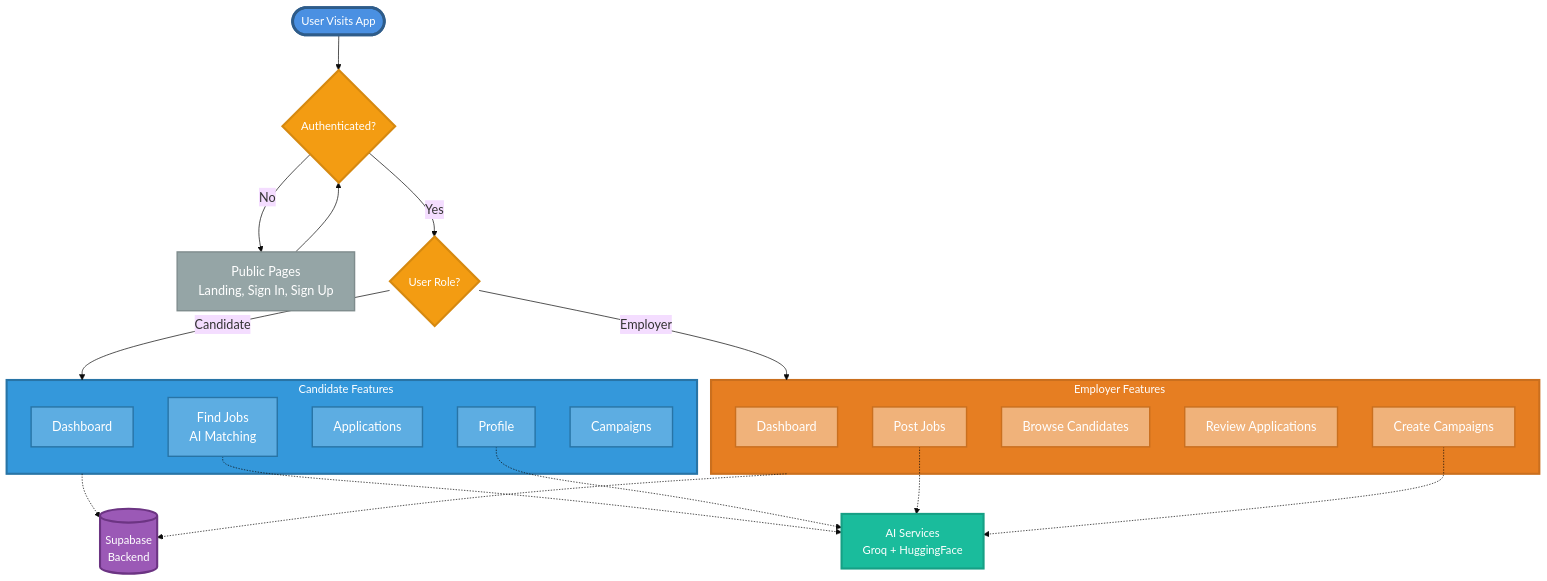
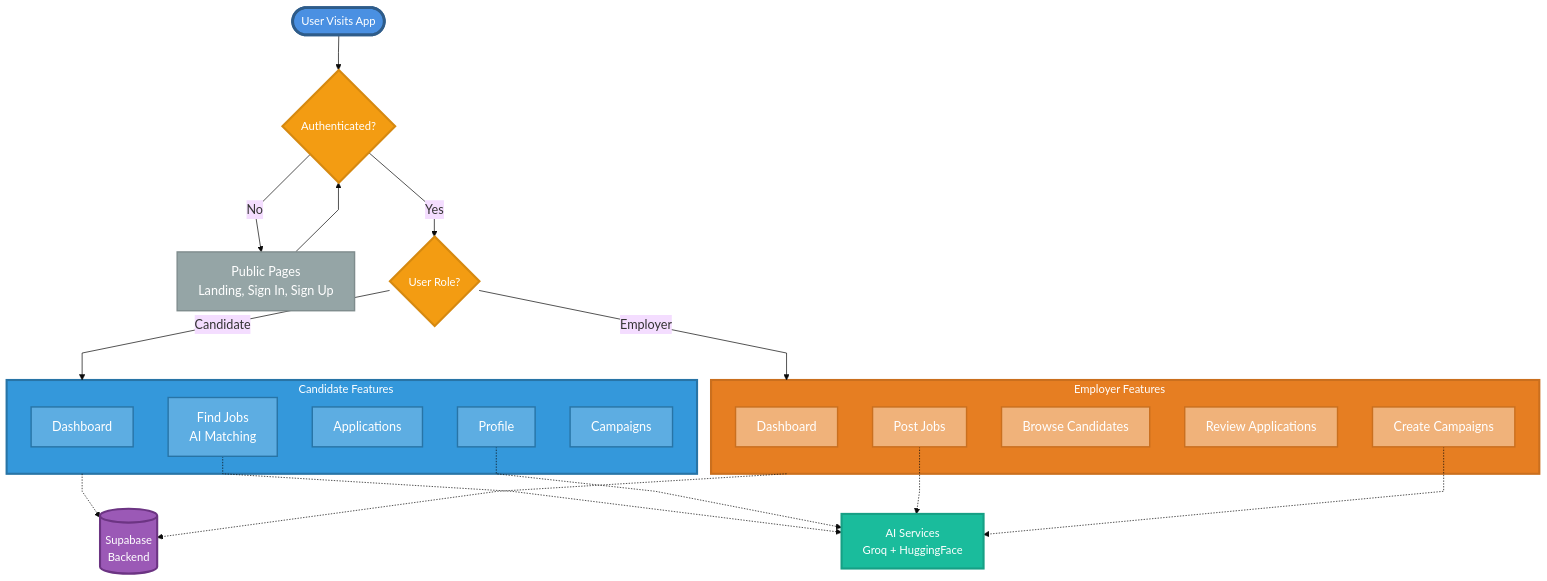
One commit to theadhithyankr/PANI_X changed the second of 7 diagrams in PRESENTATION_DIAGRAMS.md. Above: the diagram before and after it, drawn with Mermaid. The commit also changed other lines of this file and 10 other files, not shown here.

First line of the commit message:
feat(ui): enhance navigation, profile avatars, and diagram rendering

````diff
--- a/PRESENTATION_DIAGRAMS.md
+++ b/PRESENTATION_DIAGRAMS.md
@@ -57,65 +57,65 @@
 ```mermaid
-%%{init: {'theme':'base', 'themeVariables': { 'fontSize':'18px', 'fontFamily':'arial'}}}%%
-graph TB
+%%{init: {'theme':'base', 'themeVariables': { 'fontSize':'18px', 'fontFamily':'arial'}, 'flowchart': {'curve': 'linear'}}}%%
+flowchart TB
     Start([User Visits App])
     
     Auth{Authenticated?}
     
     Public[Public Pages<br/>Landing, Sign In, Sign Up]
     
     Role{User Role?}
     
     subgraph Candidate["Candidate Features"]
         C1[Dashboard]
         C2[Find Jobs<br/>AI Matching]
         C3[Applications]
         C4[Profile]
         C5[Campaigns]
     end
     
     subgraph Employer["Employer Features"]
         E1[Dashboard]
         E2[Post Jobs]
         E3[Browse Candidates]
         E4[Review Applications]
         E5[Create Campaigns]
     end
     
     Backend[(Supabase<br/>Backend)]
     AI[AI Services<br/>Groq + HuggingFace]
     
     Start --> Auth
     Auth -->|No| Public
     Public --> Auth
     Auth -->|Yes| Role
     
     Role -->|Candidate| Candidate
     Role -->|Employer| Employer
     
     Candidate -.-> Backend
     Employer -.-> Backend
     
     C2 -.-> AI
     C4 -.-> AI
     E2 -.-> AI
     E5 -.-> AI
     
     style Start fill:#4A90E2,stroke:#2E5C8A,stroke-width:4px,color:#fff,font-size:16px
     style Auth fill:#F39C12,stroke:#D68910,stroke-width:3px,color:#fff,font-size:16px
     style Role fill:#F39C12,stroke:#D68910,stroke-width:3px,color:#fff,font-size:16px
     style Public fill:#95A5A6,stroke:#7F8C8D,stroke-width:2px,color:#fff
     style Candidate fill:#3498DB,stroke:#2874A6,stroke-width:3px,color:#fff,font-size:16px
     style Employer fill:#E67E22,stroke:#CA6F1E,stroke-width:3px,color:#fff,font-size:16px
     style Backend fill:#9B59B6,stroke:#6C3483,stroke-width:3px,color:#fff,font-size:16px
     style AI fill:#1ABC9C,stroke:#16A085,stroke-width:3px,color:#fff,font-size:16px
     style C1 fill:#5DADE2,stroke:#2874A6,stroke-width:2px,color:#fff
     style C2 fill:#5DADE2,stroke:#2874A6,stroke-width:2px,color:#fff
     style C3 fill:#5DADE2,stroke:#2874A6,stroke-width:2px,color:#fff
     style C4 fill:#5DADE2,stroke:#2874A6,stroke-width:2px,color:#fff
     style C5 fill:#5DADE2,stroke:#2874A6,stroke-width:2px,color:#fff
     style E1 fill:#F0B27A,stroke:#CA6F1E,stroke-width:2px,color:#fff
     style E2 fill:#F0B27A,stroke:#CA6F1E,stroke-width:2px,color:#fff
     style E3 fill:#F0B27A,stroke:#CA6F1E,stroke-width:2px,color:#fff
     style E4 fill:#F0B27A,stroke:#CA6F1E,stroke-width:2px,color:#fff
     style E5 fill:#F0B27A,stroke:#CA6F1E,stroke-width:2px,color:#fff
 ```
````
